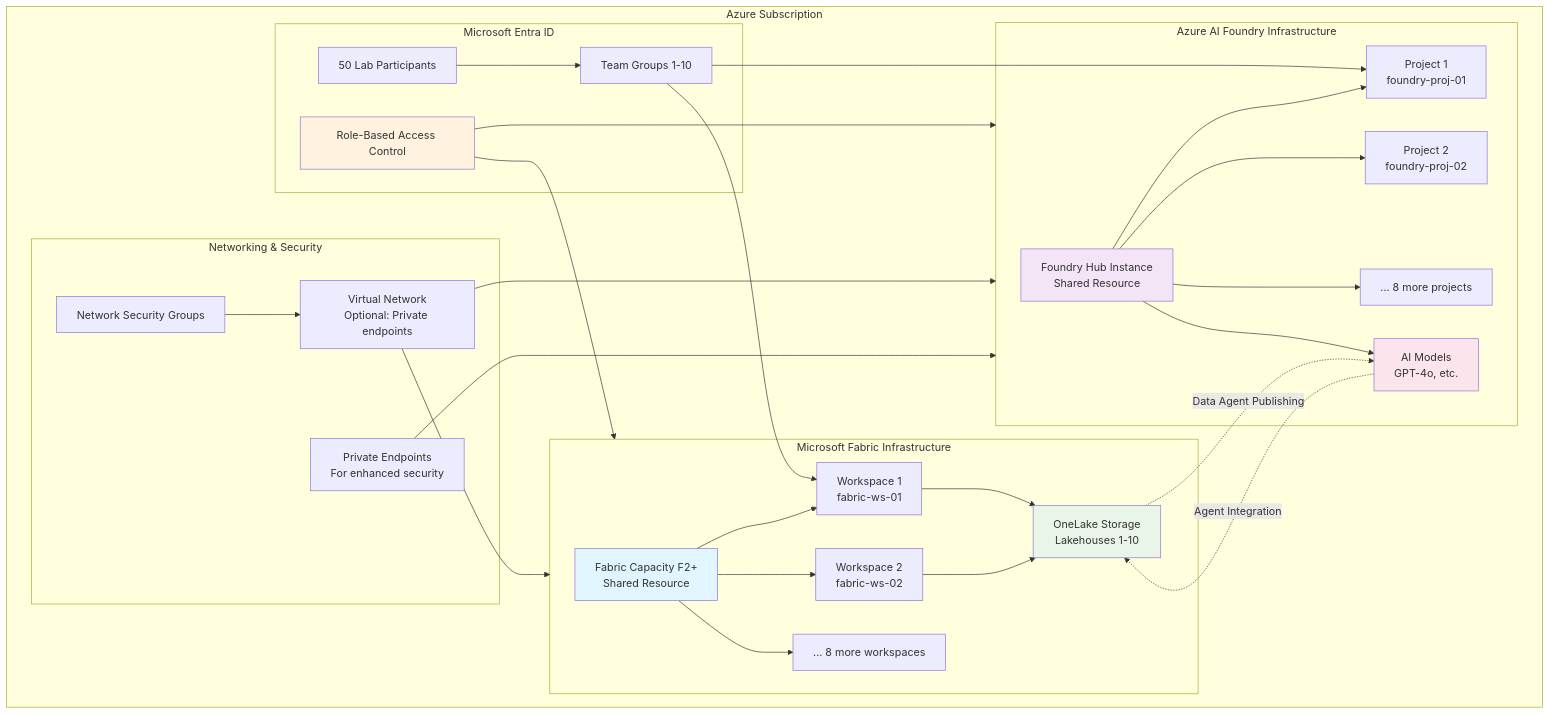
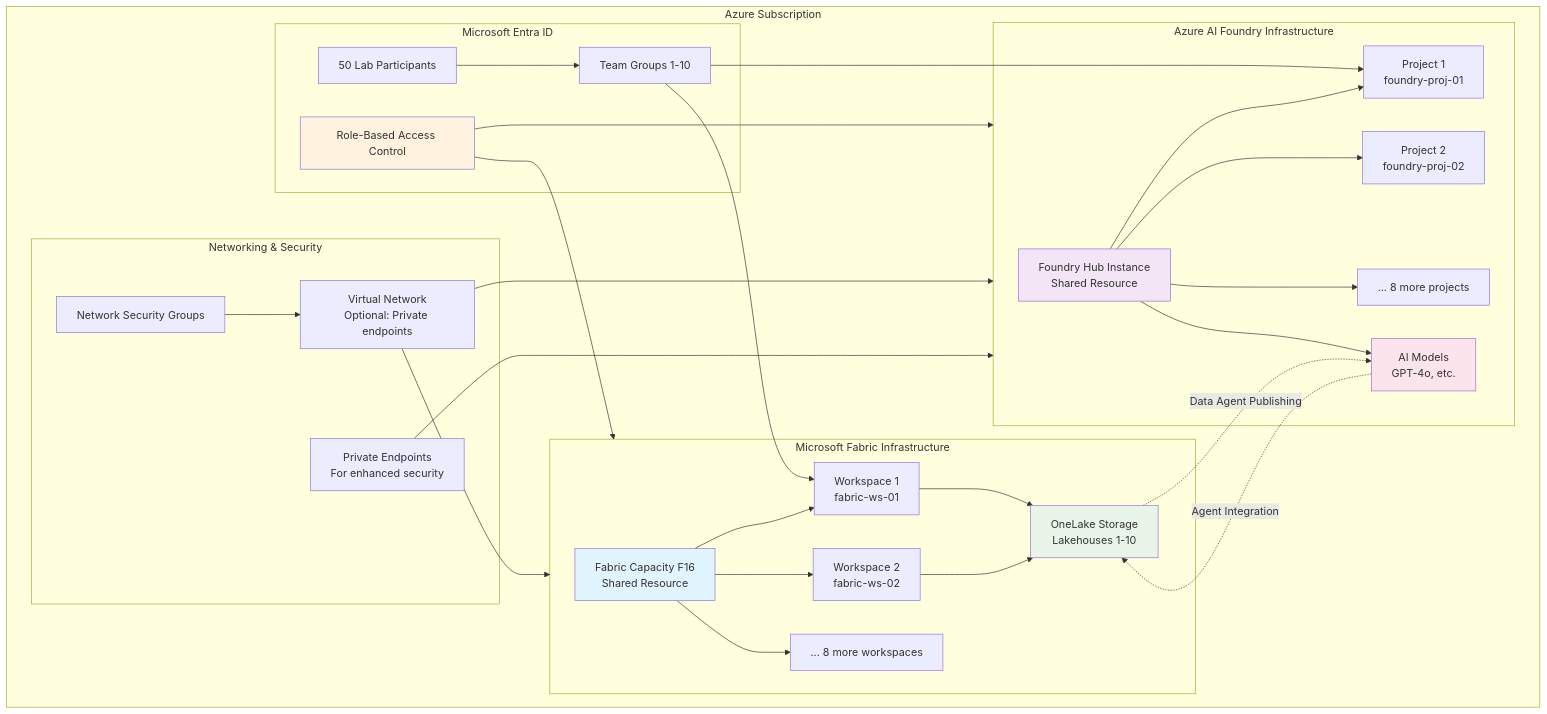
One commit to jomedinagomez/fabric-aifoundry-insurance-lab changed the sixth of 6 diagrams in architecture-diagram.md. Above: the diagram before and after it, drawn with Mermaid. The commit also changed other lines of this file and 12 other files, not shown here.

````diff
--- a/architecture-diagram.md
+++ b/architecture-diagram.md
@@ -236,68 +236,68 @@
 ```mermaid
 graph TB
     subgraph AZURE["Azure Subscription"]
         subgraph ENTRA["Microsoft Entra ID"]
             RBAC[Role-Based Access Control]
             USERS[50 Lab Participants]
             GROUPS[Team Groups 1-10]
         end
         
         subgraph FABRIC_INFRA["Microsoft Fabric Infrastructure"]
-            FC[Fabric Capacity F2+<br/>Shared Resource]
+            FC[Fabric Capacity F16<br/>Shared Resource]
             WS1[Workspace 1<br/>fabric-ws-01]
             WS2[Workspace 2<br/>fabric-ws-02]
             WS_ETC[... 8 more workspaces]
             LH[OneLake Storage<br/>Lakehouses 1-10]
         end
         
         subgraph FOUNDRY_INFRA["Azure AI Foundry Infrastructure"]
             FI[Foundry Hub Instance<br/>Shared Resource]
             PROJ1[Project 1<br/>foundry-proj-01]
             PROJ2[Project 2<br/>foundry-proj-02]
             PROJ_ETC[... 8 more projects]
             MODELS[AI Models<br/>GPT-4o, etc.]
         end
         
         subgraph NETWORK["Networking & Security"]
             VNET[Virtual Network<br/>Optional: Private endpoints]
             NSG[Network Security Groups]
             PRIVEP[Private Endpoints<br/>For enhanced security]
         end
     end
     
     %% Access Control
     RBAC --> FABRIC_INFRA
     RBAC --> FOUNDRY_INFRA
     USERS --> GROUPS
     GROUPS --> WS1
     GROUPS --> PROJ1
     
     %% Infrastructure Dependencies
     FC --> WS1
     FC --> WS2
     FC --> WS_ETC
     WS1 --> LH
     WS2 --> LH
     
     FI --> PROJ1
     FI --> PROJ2
     FI --> PROJ_ETC
     FI --> MODELS
     
     %% Integration Communication
     LH -.->|Data Agent Publishing| MODELS
     MODELS -.->|Agent Integration| LH
     
     %% Security
     VNET --> FABRIC_INFRA
     VNET --> FOUNDRY_INFRA
     NSG --> VNET
     PRIVEP --> FOUNDRY_INFRA
     
     %% Styling
     style FC fill:#e1f5fe
     style FI fill:#f3e5f5
     style RBAC fill:#fff3e0
     style LH fill:#e8f5e8
     style MODELS fill:#fce4ec
 ```
````
